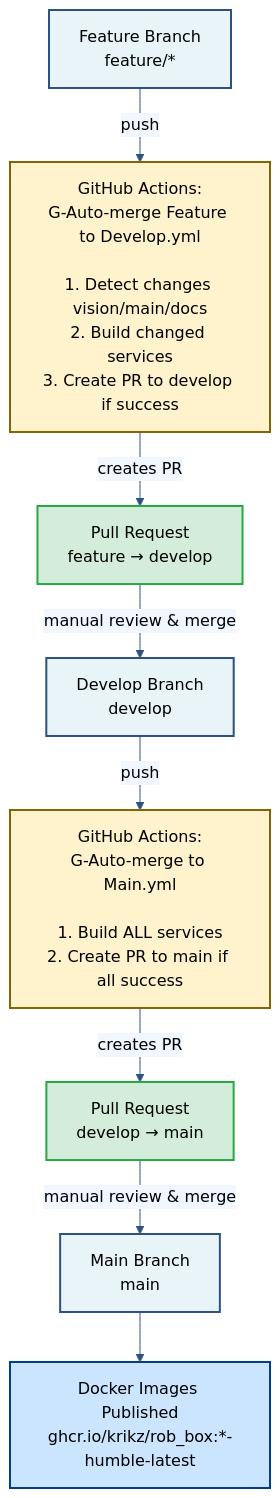
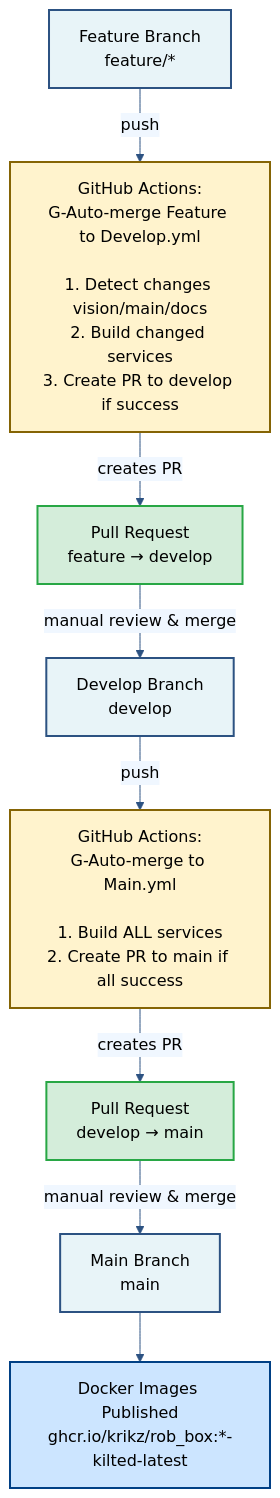
The diagram in docs/CI_CD_PIPELINE.md (krikz/rob_box_project), drawn with Mermaid before and after one commit. The commit also changed other lines of this file and 216 other files, not shown here.

First line of the commit message:
feat: migrate ROS 2 distro from humble to kilted

````diff
--- a/docs/CI_CD_PIPELINE.md
+++ b/docs/CI_CD_PIPELINE.md
@@ -12,20 +12,20 @@
 ```mermaid
 %%{init: {'theme':'base', 'themeVariables': { 'primaryColor':'#e8f4f8','primaryTextColor':'#000','primaryBorderColor':'#2c5282','lineColor':'#2c5282','secondaryColor':'#f0f7ff','tertiaryColor':'#fff'}}}%%
 flowchart TD
     A[Feature Branch<br/>feature/*] -->|push| B["GitHub Actions:<br/>G-Auto-merge Feature to Develop.yml<br/><br/>1. Detect changes vision/main/docs<br/>2. Build changed services<br/>3. Create PR to develop if success"]
     B -->|creates PR| C[Pull Request<br/>feature → develop]
     C -->|manual review & merge| D[Develop Branch<br/>develop]
     D -->|push| E["GitHub Actions:<br/>G-Auto-merge to Main.yml<br/><br/>1. Build ALL services<br/>2. Create PR to main if all success"]
     E -->|creates PR| F[Pull Request<br/>develop → main]
     F -->|manual review & merge| G[Main Branch<br/>main]
-    G --> H[Docker Images Published<br/>ghcr.io/krikz/rob_box:*-humble-latest]
+    G --> H[Docker Images Published<br/>ghcr.io/krikz/rob_box:*-kilted-latest]
     
     style A fill:#e8f4f8,stroke:#2c5282,stroke-width:2px
     style B fill:#fff3cd,stroke:#856404,stroke-width:2px
     style C fill:#d4edda,stroke:#28a745,stroke-width:2px
     style D fill:#e8f4f8,stroke:#2c5282,stroke-width:2px
     style E fill:#fff3cd,stroke:#856404,stroke-width:2px
     style F fill:#d4edda,stroke:#28a745,stroke-width:2px
     style G fill:#e8f4f8,stroke:#2c5282,stroke-width:2px
     style H fill:#cce5ff,stroke:#004085,stroke-width:2px
 ```
````
